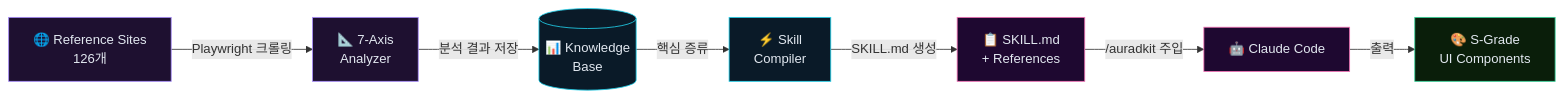
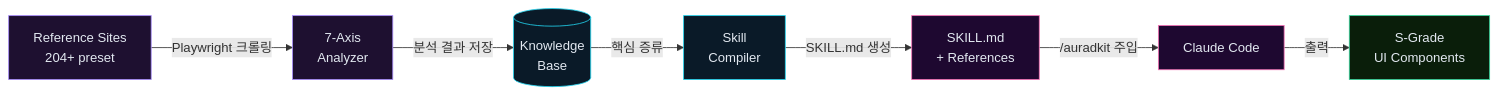
Before and after one commit to smorky850612/auradkit: the diagram in README.md, drawn with Mermaid. The commit also changed other lines of this file and 1 other file, not shown here.

First line of the commit message:
feat(skill): P2 Anti-AI-Slop SLOP-01~07 + README v5.3 전면 개편

````diff
--- a/README.md
+++ b/README.md
@@ -50,17 +51,17 @@
 ```mermaid
 flowchart LR
-    A["🌐 Reference Sites\n126개"] -->|"Playwright 크롤링"| B["📐 7-Axis\nAnalyzer"]
-    B -->|"분석 결과 저장"| C[("📊 Knowledge\nBase")]
-    C -->|"핵심 증류"| D["⚡ Skill\nCompiler"]
-    D -->|"SKILL.md 생성"| E["📋 SKILL.md\n+ References"]
-    E -->|"/auradkit 주입"| F["🤖 Claude Code"]
-    F -->|"출력"| G["🎨 S-Grade\nUI Components"]
+    A["Reference Sites\n204+ preset"] -->|"Playwright 크롤링"| B["7-Axis\nAnalyzer"]
+    B -->|"분석 결과 저장"| C[("Knowledge\nBase")]
+    C -->|"핵심 증류"| D["Skill\nCompiler"]
+    D -->|"SKILL.md 생성"| E["SKILL.md\n+ References"]
+    E -->|"/auradkit 주입"| F["Claude Code"]
+    F -->|"출력"| G["S-Grade\nUI Components"]
 
     style A fill:#1e1030,stroke:#a78bfa,color:#e2e8f0
     style B fill:#1e1030,stroke:#a78bfa,color:#e2e8f0
     style C fill:#0a1a28,stroke:#22d3ee,color:#e2e8f0
     style D fill:#0a1a28,stroke:#22d3ee,color:#e2e8f0
     style E fill:#1e0830,stroke:#f472b6,color:#e2e8f0
     style F fill:#1e0830,stroke:#f472b6,color:#e2e8f0
     style G fill:#0a1e0a,stroke:#34d399,color:#e2e8f0
 ```
````
